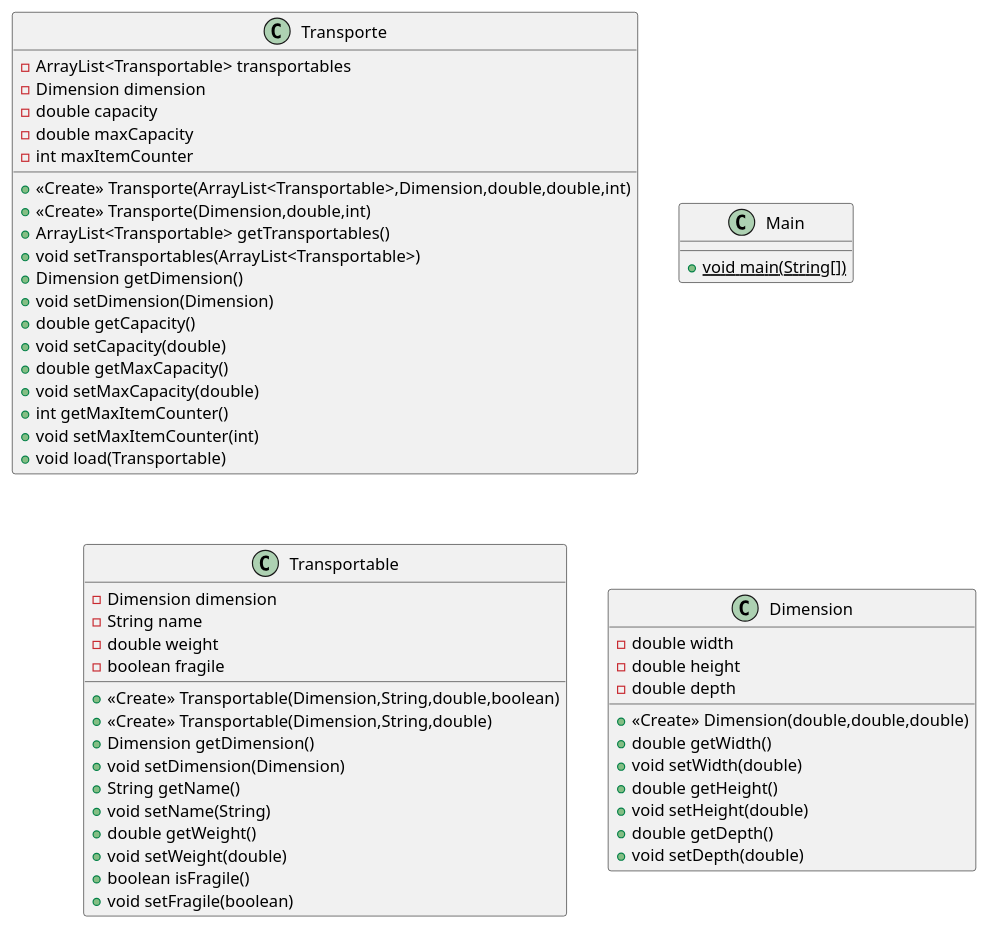
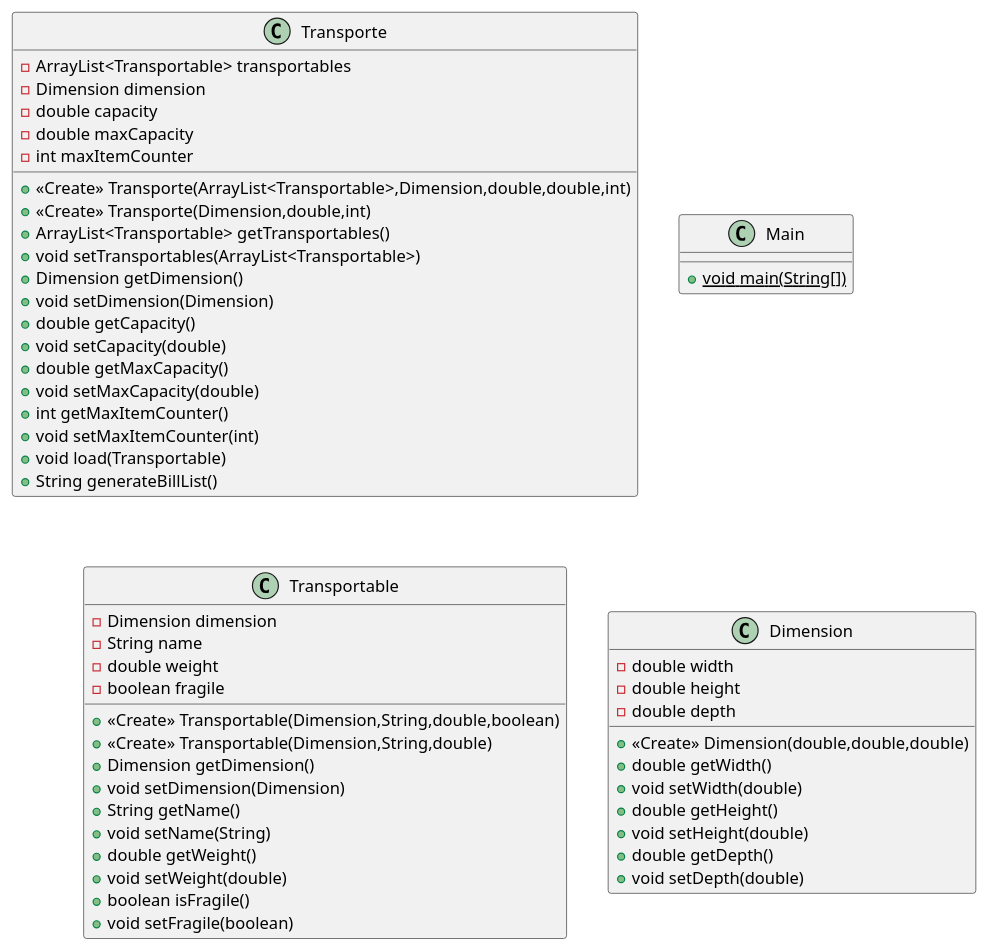
Before and after one commit to sergiomedinaio/empresa_mudanzas_sa: the diagram in empresa_mudanzas_sa.puml, drawn with PlantUML. The commit also changed 1 other file, not shown here.

Commit message:
docs: add bill generator

```diff
--- a/empresa_mudanzas_sa.puml
+++ b/empresa_mudanzas_sa.puml
@@ -1,53 +1,54 @@
 @startuml
 class Transporte {
 - ArrayList<Transportable> transportables
 - Dimension dimension
 - double capacity
 - double maxCapacity
 - int maxItemCounter
 + <<Create>> Transporte(ArrayList<Transportable>,Dimension,double,double,int)
 + <<Create>> Transporte(Dimension,double,int)
 + ArrayList<Transportable> getTransportables()
 + void setTransportables(ArrayList<Transportable>)
 + Dimension getDimension()
 + void setDimension(Dimension)
 + double getCapacity()
 + void setCapacity(double)
 + double getMaxCapacity()
 + void setMaxCapacity(double)
 + int getMaxItemCounter()
 + void setMaxItemCounter(int)
 + void load(Transportable)
++ String generateBillList()
 }
 class Main {
 + {static} void main(String[])
 }
 class Transportable {
 - Dimension dimension
 - String name
 - double weight
 - boolean fragile
 + <<Create>> Transportable(Dimension,String,double,boolean)
 + <<Create>> Transportable(Dimension,String,double)
 + Dimension getDimension()
 + void setDimension(Dimension)
 + String getName()
 + void setName(String)
 + double getWeight()
 + void setWeight(double)
 + boolean isFragile()
 + void setFragile(boolean)
 }
 class Dimension {
 - double width
 - double height
 - double depth
 + <<Create>> Dimension(double,double,double)
 + double getWidth()
 + void setWidth(double)
 + double getHeight()
 + void setHeight(double)
 + double getDepth()
 + void setDepth(double)
 }
 @enduml
```
